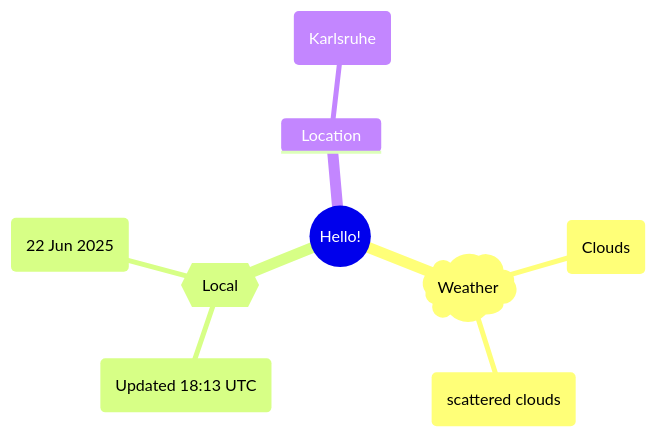
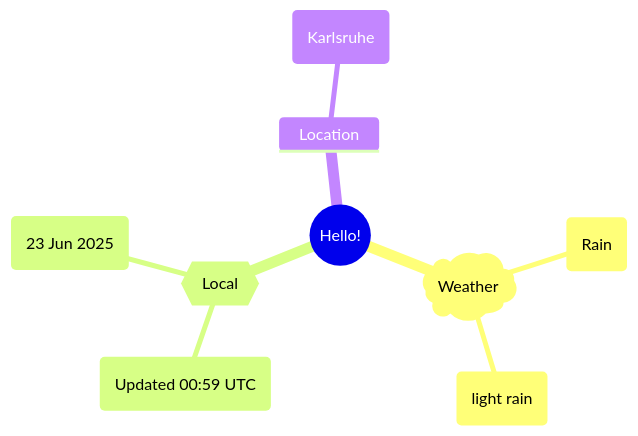
One commit to Xosrov/Xosrov changed the first of 2 diagrams in README.md. Above: the diagram before and after it, drawn with Mermaid.

Commit message:
[bot] updated images

````diff
--- a/README.md
+++ b/README.md
@@ -3,12 +3,12 @@
 ```mermaid
 mindmap
   root((Hello!))
     )Weather(
-        (Clouds)
-        (scattered clouds)
+        (Rain)
+        (light rain)
     {{Local}}
-        (Updated 18:13 UTC)
-        (22 Jun 2025)
+        (Updated 00:59 UTC)
+        (23 Jun 2025)
     Location
         (Karlsruhe)
 ```
````
